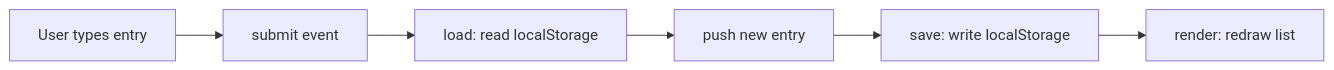
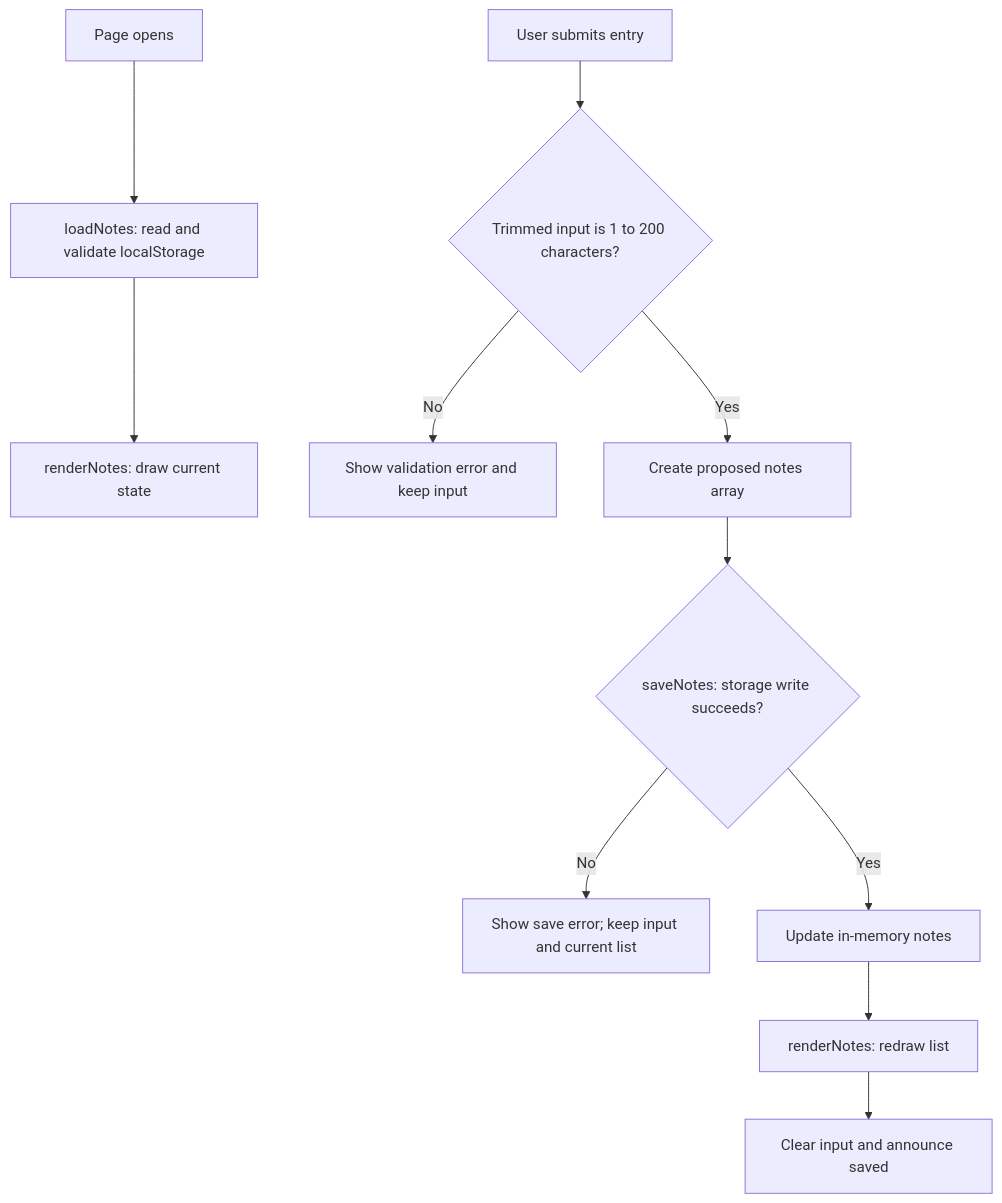
One commit to johnmcswain/mgt3745-hw3-template changed the diagram in README.md. Above: the diagram before and after it, drawn with Mermaid. The commit also changed other lines of this file, not shown here.

````diff
--- a/README.md
+++ b/README.md
@@ -48,8 +49,13 @@
 ```mermaid
-flowchart LR
-  A[User types entry] --> B[submit event]
-  B --> C[load: read localStorage]
-  C --> D[push new entry]
-  D --> E[save: write localStorage]
-  E --> F[render: redraw list]
+flowchart TD
+ A[Page opens] --> B[loadNotes: read and validate localStorage]
+  B --> C[renderNotes: draw current state]
+  D[User submits entry] --> E{Trimmed input is 1 to 200 characters?}
+  E -->|No| F[Show validation error and keep input]
+  E -->|Yes| G[Create proposed notes array]
+  G --> H{saveNotes: storage write succeeds?}
+  H -->|No| I[Show save error; keep input and current list]
+  H -->|Yes| J[Update in-memory notes]
+  J --> K[renderNotes: redraw list]
+  K --> L[Clear input and announce saved]
 ```
````
